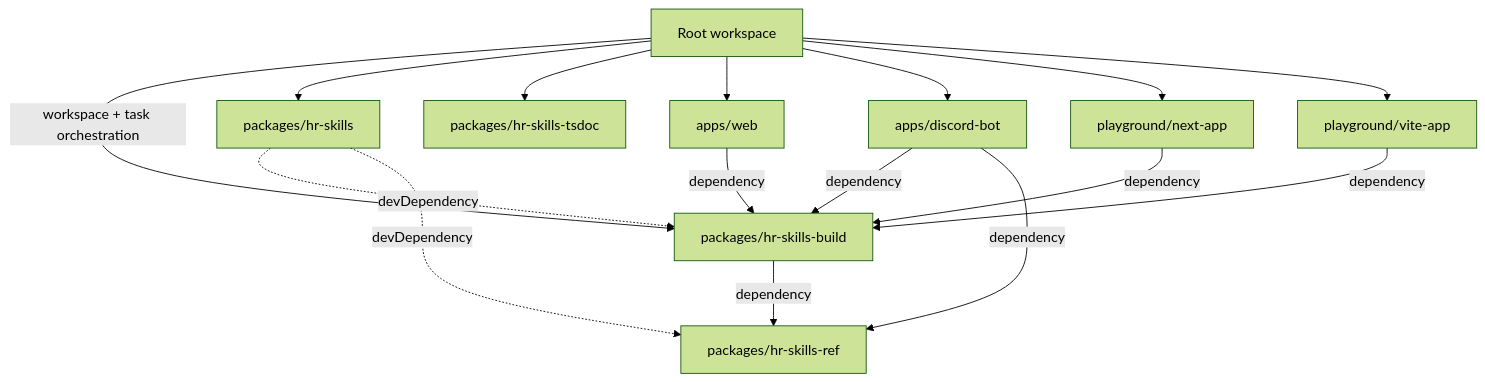
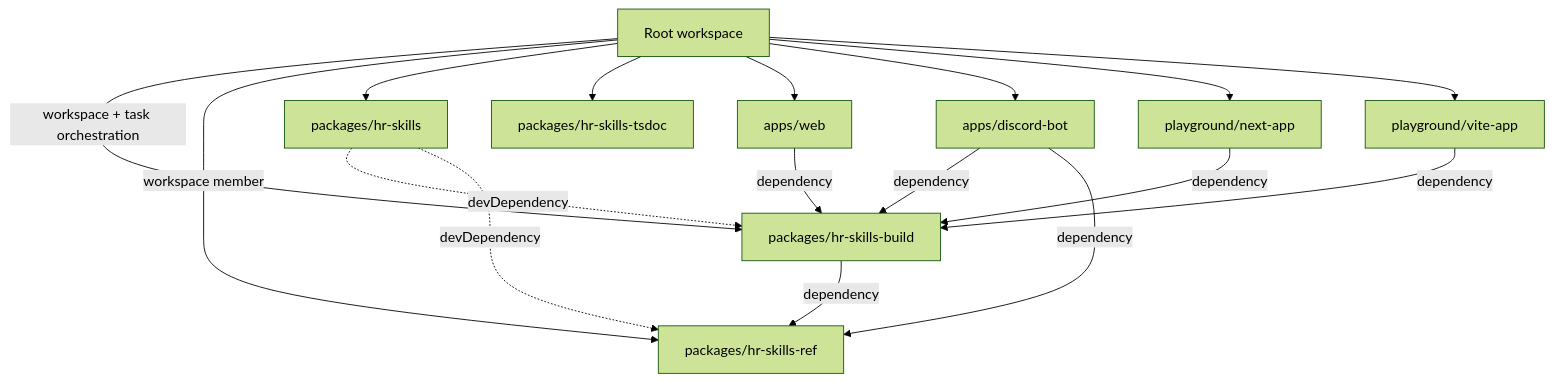
Before and after one commit to tuanductran/hr-skills: the first of 2 diagrams in docs/engineering/skill-build-consumer-graph.md, drawn with Mermaid (forest theme). The commit also changed other lines of this file, not shown here.

Commit message:
docs(build): complete consumer graph relationships

````diff
--- a/docs/engineering/skill-build-consumer-graph.md
+++ b/docs/engineering/skill-build-consumer-graph.md
@@ -26,28 +26,29 @@
 ```mermaid
 flowchart TD
   root["Root workspace"]
   build["packages/hr-skills-build"]
   ref["packages/hr-skills-ref"]
   cli["packages/hr-skills"]
   tsdoc["packages/hr-skills-tsdoc"]
   web["apps/web"]
   discord["apps/discord-bot"]
   next["playground/next-app"]
   vite["playground/vite-app"]
 
   build -->|"dependency"| ref
   cli -.->|"devDependency"| build
   cli -.->|"devDependency"| ref
   web -->|"dependency"| build
   discord -->|"dependency"| build
   discord -->|"dependency"| ref
   next -->|"dependency"| build
   vite -->|"dependency"| build
   root -->|"workspace + task orchestration"| build
+  root -->|"workspace member"| ref
   root --> cli
   root --> tsdoc
   root --> web
   root --> discord
   root --> next
   root --> vite
 ```
````
